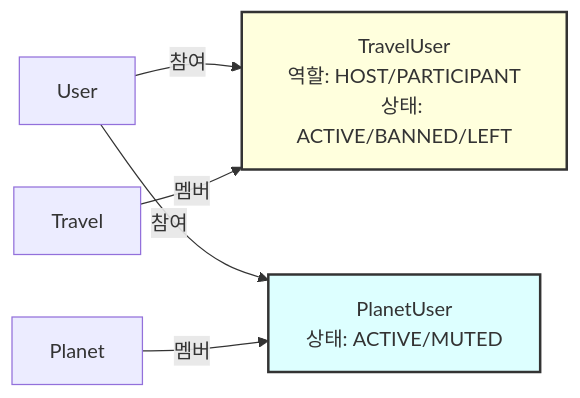
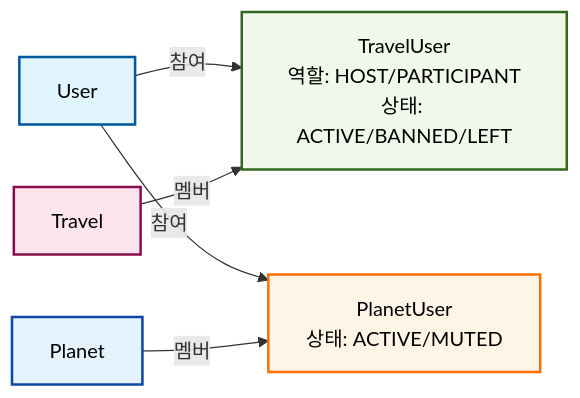
The fourth of 6 diagrams in .md/entity-relationship-diagram.md (maximizest/connecto-nest), drawn with Mermaid before and after one commit. The commit also changed other lines of this file, not shown here.

````diff
--- a/.md/entity-relationship-diagram.md
+++ b/.md/entity-relationship-diagram.md
@@ -80,16 +80,19 @@
 ```mermaid
 graph LR
     User[User]
     Travel[Travel]
     Planet[Planet]
     TravelUser[TravelUser<br/>역할: HOST/PARTICIPANT<br/>상태: ACTIVE/BANNED/LEFT]
     PlanetUser[PlanetUser<br/>상태: ACTIVE/MUTED]
     
     User -->|참여| TravelUser
     Travel -->|멤버| TravelUser
     User -->|참여| PlanetUser
     Planet -->|멤버| PlanetUser
     
-    style TravelUser fill:#ffd,stroke:#333,stroke-width:2px
-    style PlanetUser fill:#dff,stroke:#333,stroke-width:2px
+    style User fill:#e1f5fe,stroke:#01579b,stroke-width:2px,color:#000
+    style Travel fill:#fce4ec,stroke:#880e4f,stroke-width:2px,color:#000
+    style Planet fill:#e3f2fd,stroke:#0d47a1,stroke-width:2px,color:#000
+    style TravelUser fill:#f1f8e9,stroke:#33691e,stroke-width:2px,color:#000
+    style PlanetUser fill:#fef5e7,stroke:#ff6f00,stroke-width:2px,color:#000
 ```
````
